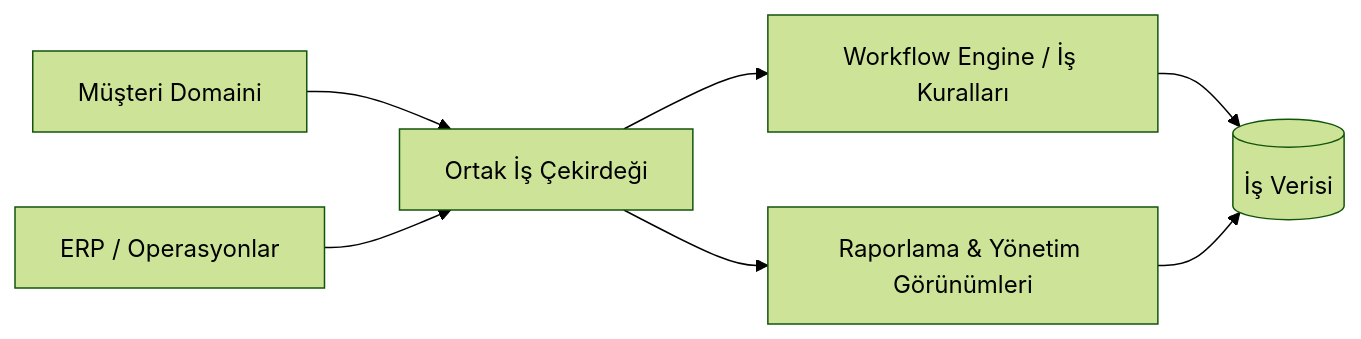
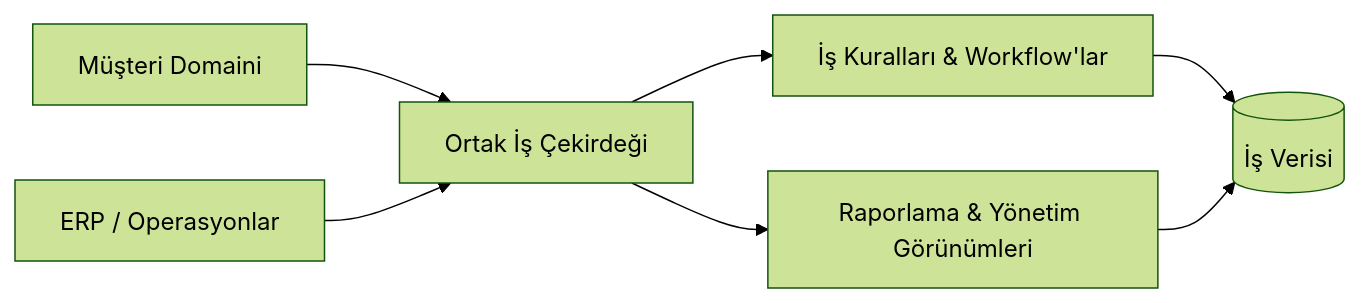
The diagram in README.tr.md (tahakubilay/enterprise-crm-erp), drawn with Mermaid (forest theme) before and after one commit. The commit also changed other lines of this file, not shown here.

````diff
--- a/README.tr.md
+++ b/README.tr.md
@@ -52,9 +39,9 @@
 ```mermaid
 flowchart LR
-    CUSTOMER[Müşteri Domaini] --> CORE[Ortak İş Çekirdeği]
-    OPERATIONS[ERP / Operasyonlar] --> CORE
-    CORE --> WORKFLOW[Workflow Engine / İş Kuralları]
+    CRM[Müşteri Domaini] --> CORE[Ortak İş Çekirdeği]
+    ERP[ERP / Operasyonlar] --> CORE
+    CORE --> RULES[İş Kuralları & Workflow'lar]
     CORE --> REPORTS[Raporlama & Yönetim Görünümleri]
-    WORKFLOW --> DATA[(İş Verisi)]
+    RULES --> DATA[(İş Verisi)]
     REPORTS --> DATA
 ```
````
